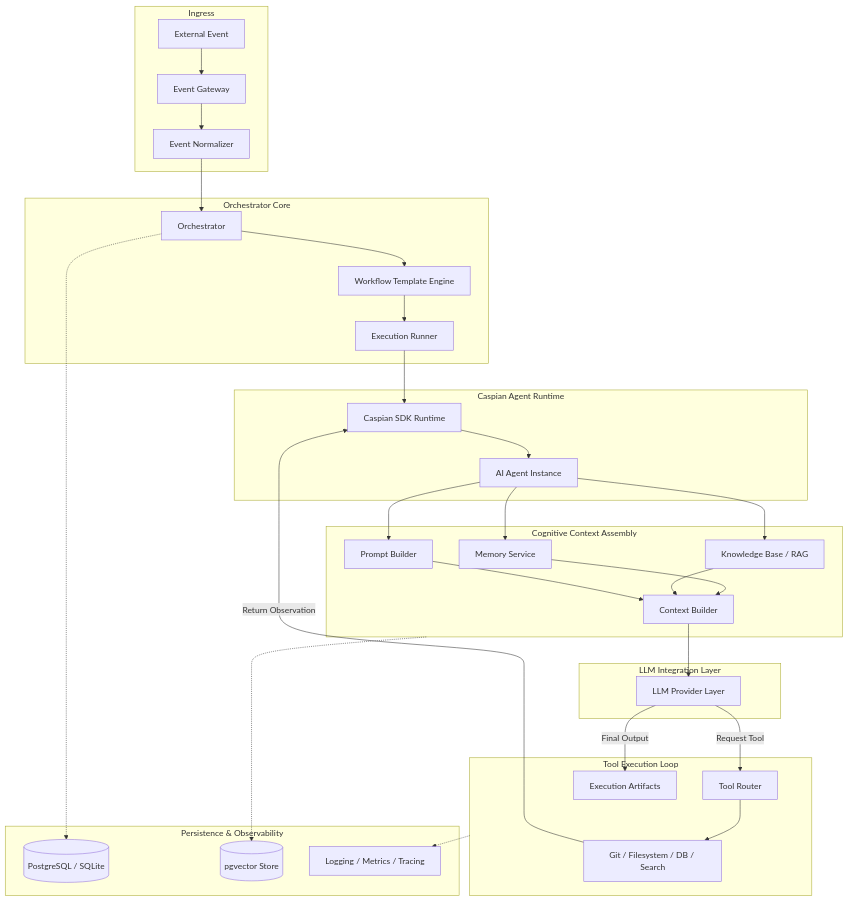
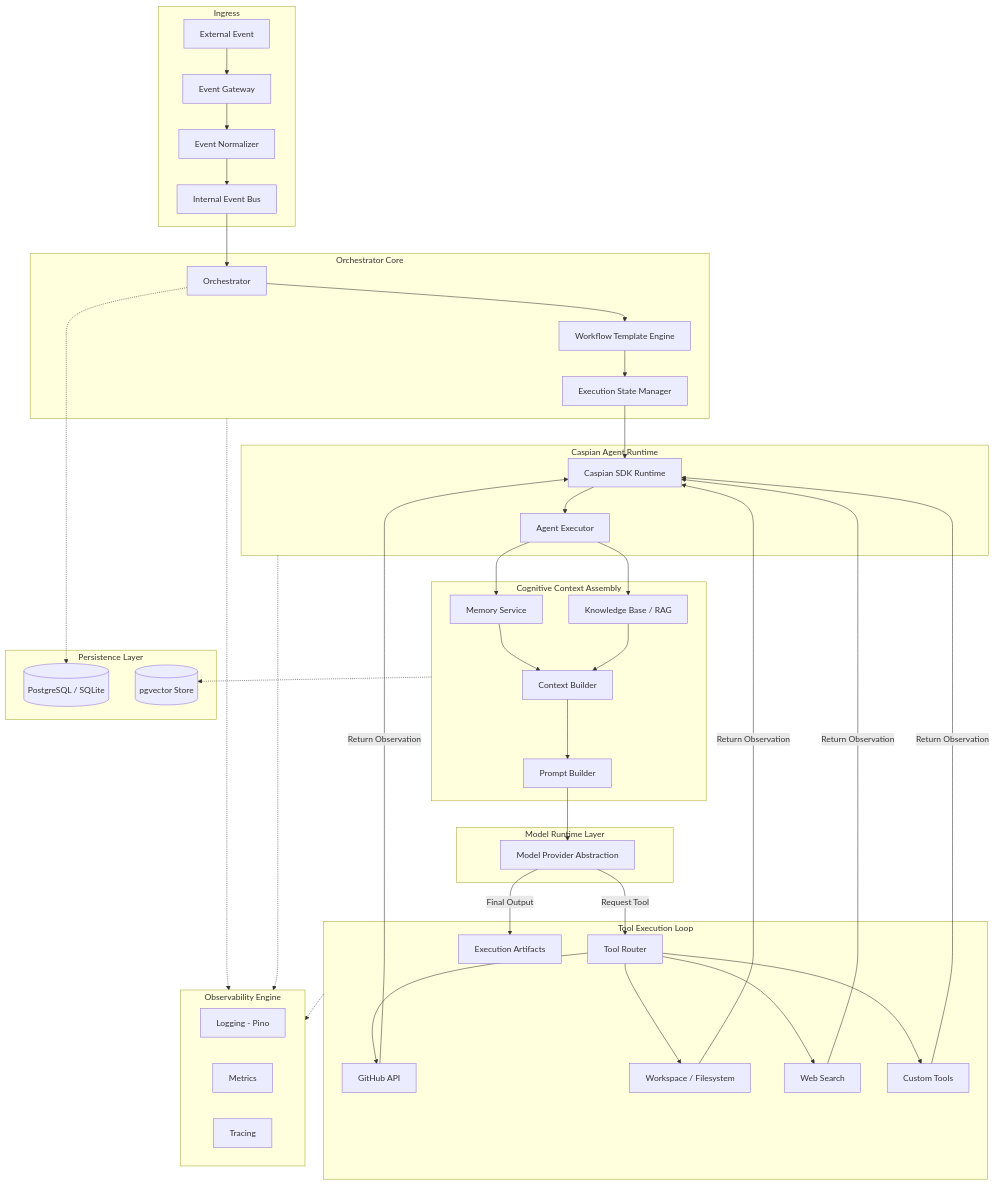
The second of 2 diagrams in README.md (darkraider01/OSS-Maintainer-AI), drawn with Mermaid before and after one commit. The commit also changed other lines of this file, not shown here.

Commit message:
docs(repo): refine architecture diagram with adapter layer, event bus, context building logic, and execution states

````diff
--- a/README.md
+++ b/README.md
@@ -96,49 +129,65 @@
 ```mermaid
 graph TD
     subgraph Input [Ingress]
         Event[External Event] --> Gateway[Event Gateway]
         Gateway --> Normalizer[Event Normalizer]
+        Normalizer --> EventBus[Internal Event Bus]
     end
 
     subgraph Orchestration [Orchestrator Core]
-        Normalizer --> Orchestrator[Orchestrator]
+        EventBus --> Orchestrator[Orchestrator]
         Orchestrator --> Workflows[Workflow Template Engine]
-        Workflows --> Executions[Execution Runner]
+        Workflows --> ExecState[Execution State Manager]
     end
 
     subgraph AgentRuntime [Caspian Agent Runtime]
-        Executions --> CaspianSDK[Caspian SDK Runtime]
-        CaspianSDK --> Agents[AI Agent Instance]
+        ExecState --> CaspianSDK[Caspian SDK Runtime]
+        CaspianSDK --> Executor[Agent Executor]
     end
 
     subgraph Context [Cognitive Context Assembly]
-        Agents --> Memory[Memory Service]
-        Agents --> Knowledge[Knowledge Base / RAG]
-        Agents --> Prompts[Prompt Builder]
+        Executor --> Memory[Memory Service]
+        Executor --> Knowledge[Knowledge Base / RAG]
         
         Memory --> ContextBuilder[Context Builder]
         Knowledge --> ContextBuilder
-        Prompts --> ContextBuilder
+        ContextBuilder --> Prompts[Prompt Builder]
     end
 
-    subgraph Model [LLM Integration Layer]
-        ContextBuilder --> LLM[LLM Provider Layer]
+    subgraph Model [Model Runtime Layer]
+        Prompts --> LLM[Model Provider Abstraction]
     end
 
     subgraph ExecutionLoop [Tool Execution Loop]
         LLM -- Request Tool --> Router[Tool Router]
-        Router --> LocalTools[Git / Filesystem / DB / Search]
-        LocalTools -- Return Observation --> CaspianSDK
+        
+        Router --> GH_API[GitHub API]
+        Router --> FS[Workspace / Filesystem]
+        Router --> Search[Web Search]
+        Router --> Custom[Custom Tools]
+
+        GH_API -- Return Observation --> CaspianSDK
+        FS -- Return Observation --> CaspianSDK
+        Search -- Return Observation --> CaspianSDK
+        Custom -- Return Observation --> CaspianSDK
+
         LLM -- Final Output --> Artifacts[Execution Artifacts]
     end
 
-    subgraph DB [Persistence & Observability]
+    subgraph DB [Persistence Layer]
         Relational[(PostgreSQL / SQLite)]
         Vector[(pgvector Store)]
-        Obs[Logging / Metrics / Tracing]
+    end
+
+    subgraph Observability [Observability Engine]
+        Log[Logging - Pino]
+        Met[Metrics]
+        Trace[Tracing]
     end
 
     Orchestrator -.-> Relational
     Context -.-> Vector
-    ExecutionLoop -.-> Obs
+    Orchestration -.-> Observability
+    AgentRuntime -.-> Observability
+    ExecutionLoop -.-> Observability
 ```
````
